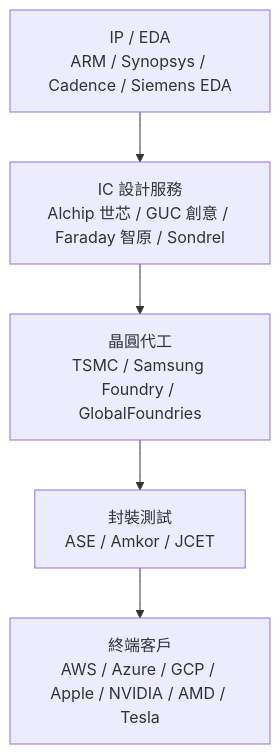
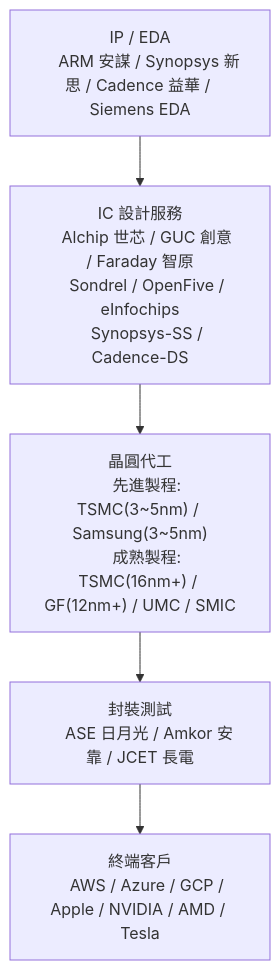
The diagram in README.md (CiCicode/asic-compare), drawn with Mermaid before and after one commit.

````diff
--- a/README.md
+++ b/README.md
@@ -13,10 +13,18 @@
 ```mermaid
 flowchart TD
-    A["IP / EDA<br/>ARM / Synopsys / Cadence / Siemens EDA"]
-    B["IC 設計服務<br/>Alchip 世芯 / GUC 創意 / Faraday 智原 / Sondrel"]
-    C["晶圓代工<br/>TSMC / Samsung Foundry / GlobalFoundries"]
-    D["封裝測試<br/>ASE / Amkor / JCET"]
-    E["終端客戶<br/>AWS / Azure / GCP / Apple / NVIDIA / AMD / Tesla"]
+    A["IP / EDA
+    ARM 安謀 / Synopsys 新思 / Cadence 益華 / Siemens EDA"]
+    B["IC 設計服務
+    Alchip 世芯 / GUC 創意 / Faraday 智原
+    Sondrel / OpenFive / eInfochips
+    Synopsys-SS / Cadence-DS"]
+    C["晶圓代工
+    先進製程: TSMC(3~5nm) / Samsung(3~5nm)
+    成熟製程: TSMC(16nm+) / GF(12nm+) / UMC / SMIC"]
+    D["封裝測試
+    ASE 日月光 / Amkor 安靠 / JCET 長電"]
+    E["終端客戶
+    AWS / Azure / GCP / Apple / NVIDIA / AMD / Tesla"]
 
     A --> B --> C --> D --> E
 ```
````
